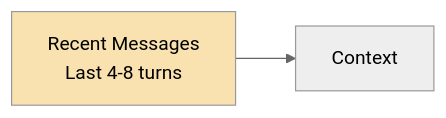
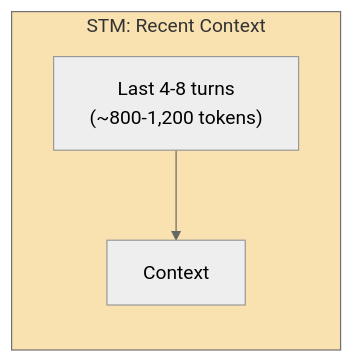
The first of 9 diagrams in Lecture 19 - Agent Memory Systems/notes/04_Dynamic_Context_Assembly_Stm_Ltm_Rag_Query.md (Amie-dev/FDE-and-GenAI-Mastery), drawn with Mermaid (neutral theme) before and after one commit. The commit also changed other lines of this file and 9 other files, not shown here.

````diff
--- a/Lecture 19 - Agent Memory Systems/notes/04_Dynamic_Context_Assembly_Stm_Ltm_Rag_Query.md
+++ b/Lecture 19 - Agent Memory Systems/notes/04_Dynamic_Context_Assembly_Stm_Ltm_Rag_Query.md
@@ -11,6 +15,8 @@
 ```mermaid
 flowchart LR
-    A["Recent Messages<br/>Last 4-8 turns"] --> C[Context]
+    subgraph STM["STM: Recent Context"]
+        A["Last 4-8 turns<br/>(~800-1,200 tokens)"] --> C[Context]
+    end
     
-    style A fill:#f9e2af
+    style STM fill:#f9e2af
 ```
````
